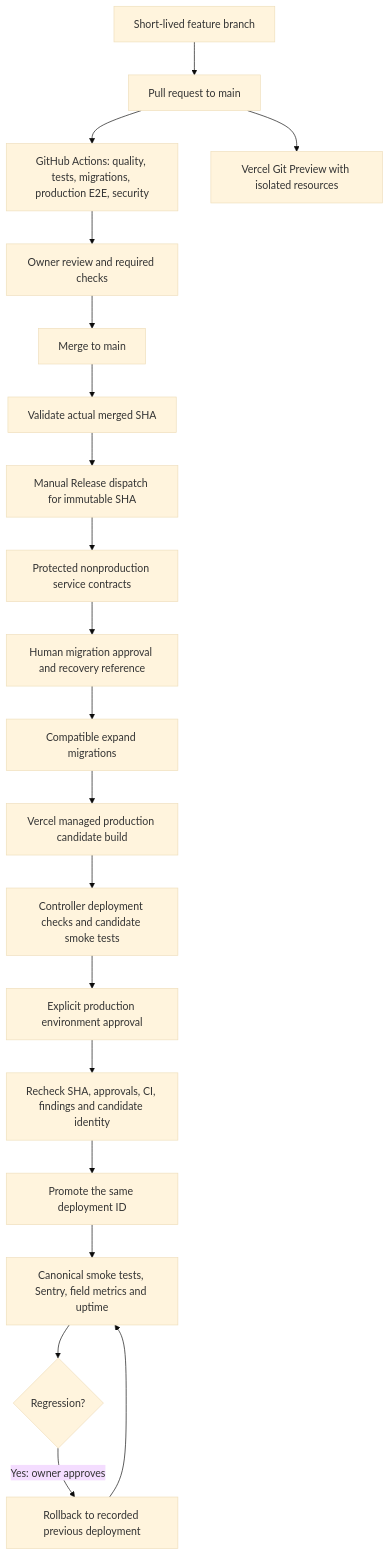
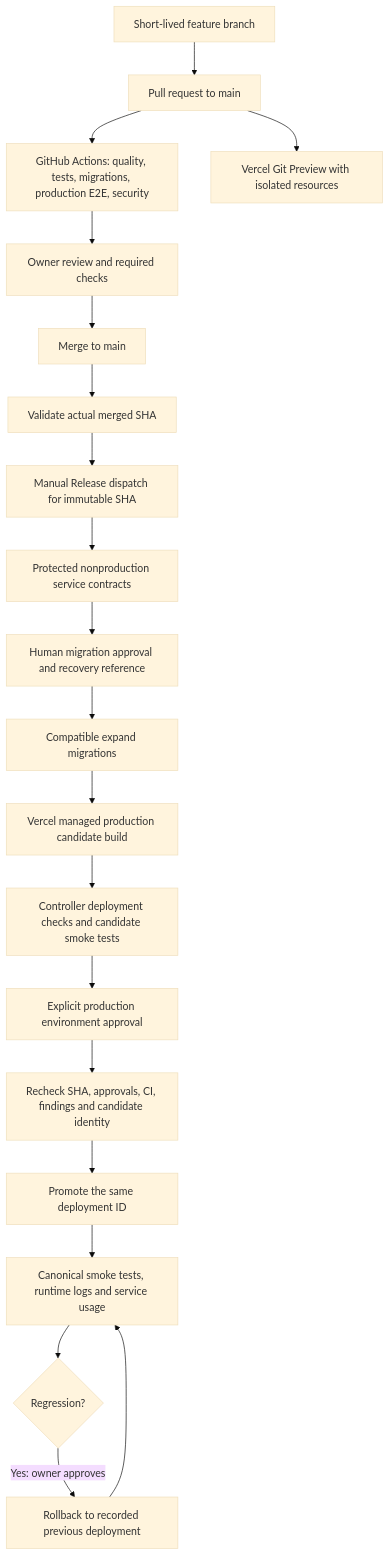
Before and after one commit to gonzalopozo/my-portfolio: the diagram in docs/operations/README.md, drawn with Mermaid (base theme). The commit also changed other lines of this file and 2 other files, not shown here.

````diff
--- a/docs/operations/README.md
+++ b/docs/operations/README.md
@@ -36,22 +35,22 @@
 ```mermaid
 flowchart TD
     F[Short-lived feature branch] --> P[Pull request to main]
     P --> C[GitHub Actions: quality, tests, migrations, production E2E, security]
     C --> R[Owner review and required checks]
     R --> M[Merge to main]
     M --> V[Validate actual merged SHA]
     P --> PV[Vercel Git Preview with isolated resources]
     V --> D[Manual Release dispatch for immutable SHA]
     D --> SC[Protected nonproduction service contracts]
     SC --> MA[Human migration approval and recovery reference]
     MA --> EX[Compatible expand migrations]
     EX --> VC[Vercel managed production candidate build]
     VC --> DC[Controller deployment checks and candidate smoke tests]
     DC --> A[Explicit production environment approval]
     A --> RE[Recheck SHA, approvals, CI, findings and candidate identity]
     RE --> PR[Promote the same deployment ID]
-    PR --> O[Canonical smoke tests, Sentry, field metrics and uptime]
+    PR --> O[Canonical smoke tests, runtime logs and service usage]
     O --> RB{Regression?}
     RB -->|Yes: owner approves| RO[Rollback to recorded previous deployment]
     RO --> O
 ```
````
